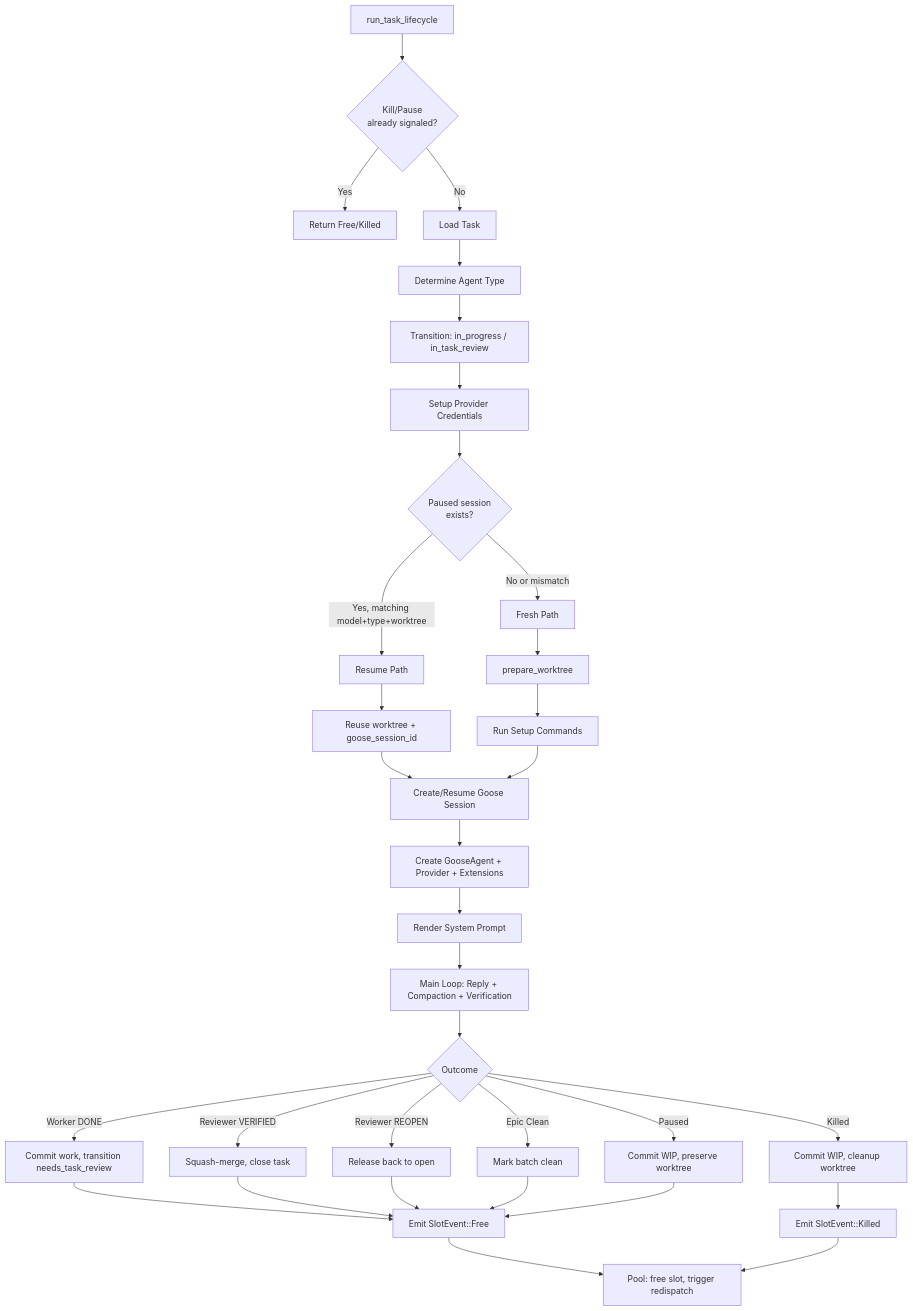
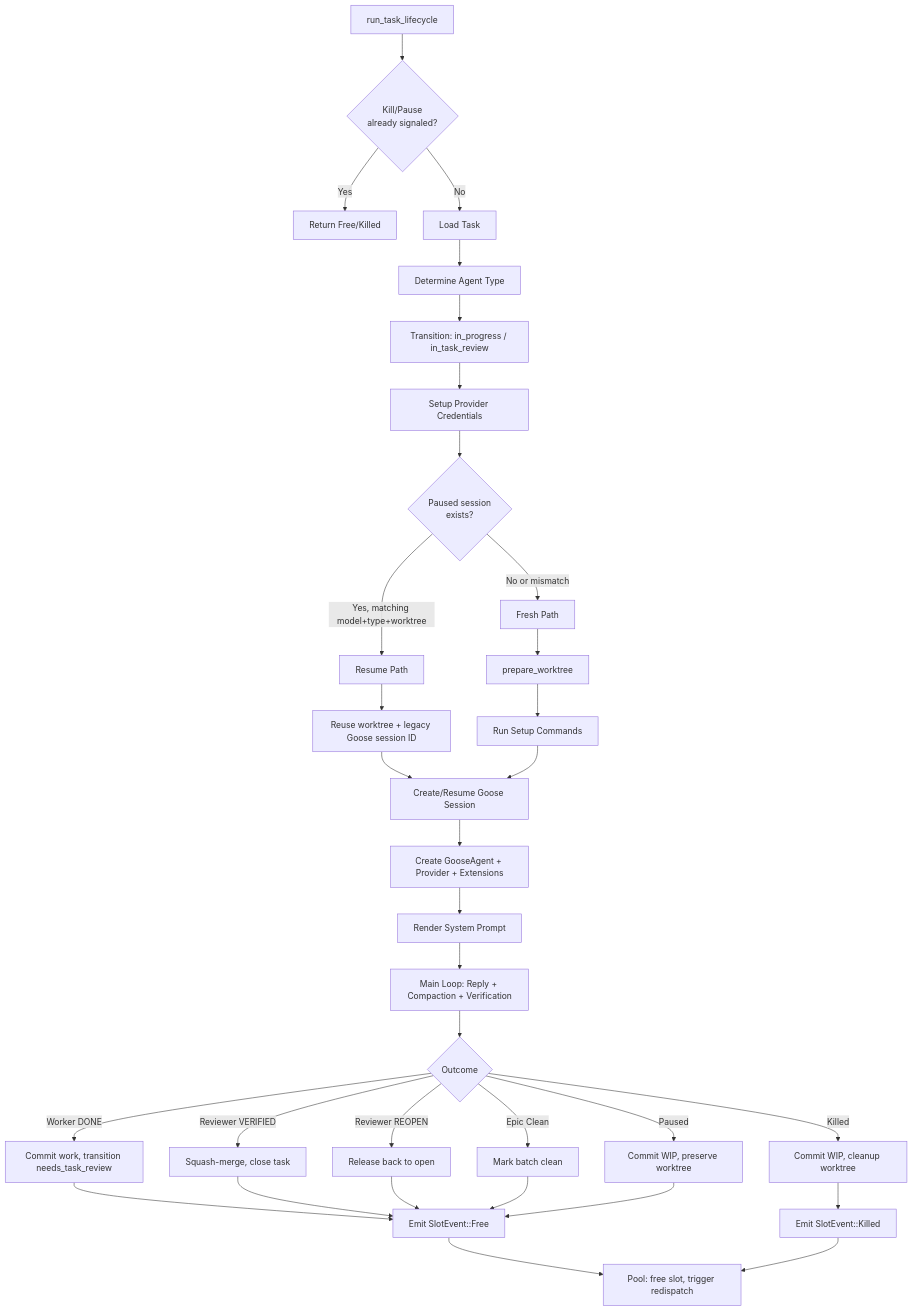
One commit to djinnos/djinn changed the first of 3 diagrams in .djinn/reference/task-lifecycle-and-session-flow.md. Above: the diagram before and after it, drawn with Mermaid. The commit also changed 15 other files, not shown here.

Commit message:
chore(dqqc): Drop goose_session_id from current sessions schema and code

````diff
--- a/.djinn/reference/task-lifecycle-and-session-flow.md
+++ b/.djinn/reference/task-lifecycle-and-session-flow.md
@@ -13,42 +13,42 @@
 ```mermaid
 flowchart TD
     A[run_task_lifecycle] --> B{Kill/Pause\nalready signaled?}
     B -->|Yes| Z1[Return Free/Killed]
     B -->|No| C[Load Task]
     C --> D[Determine Agent Type]
     D --> E[Transition: in_progress / in_task_review]
     E --> F[Setup Provider Credentials]
     F --> G{Paused session\nexists?}
 
     G -->|Yes, matching model+type+worktree| H[Resume Path]
     G -->|No or mismatch| I[Fresh Path]
 
-    H --> J[Reuse worktree + goose_session_id]
+    H --> J[Reuse worktree + legacy Goose session ID]
     I --> K[prepare_worktree]
     K --> L[Run Setup Commands]
 
     J --> M[Create/Resume Goose Session]
     L --> M
 
     M --> N[Create GooseAgent + Provider + Extensions]
     N --> O[Render System Prompt]
     O --> P[Main Loop: Reply + Compaction + Verification]
 
     P --> Q{Outcome}
     Q -->|Worker DONE| R[Commit work, transition needs_task_review]
     Q -->|Reviewer VERIFIED| S[Squash-merge, close task]
     Q -->|Reviewer REOPEN| T[Release back to open]
     Q -->|Epic Clean| U[Mark batch clean]
     Q -->|Paused| V[Commit WIP, preserve worktree]
     Q -->|Killed| W[Commit WIP, cleanup worktree]
 
     R --> X[Emit SlotEvent::Free]
     S --> X
     T --> X
     U --> X
     V --> X
     W --> Y[Emit SlotEvent::Killed]
 
     X --> ZZ[Pool: free slot, trigger redispatch]
     Y --> ZZ
 ```
````
